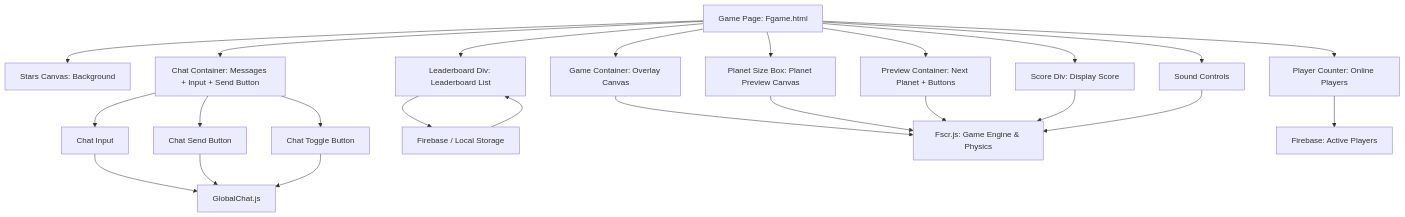
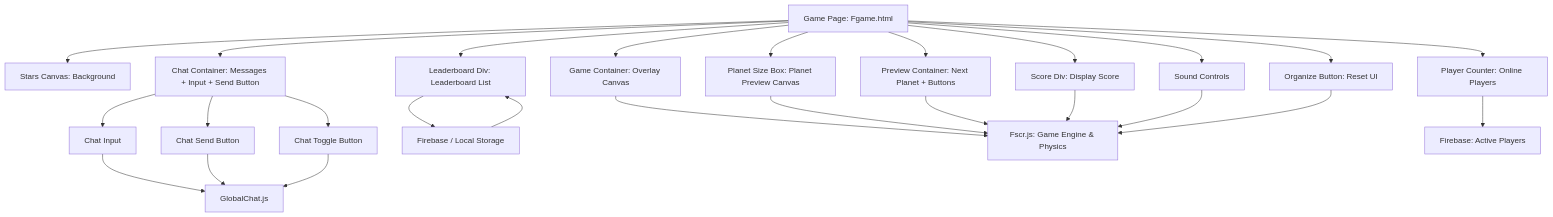
The diagram in README.md (MolnarHangaBorbala/Planet-Merge), drawn with Mermaid before and after one commit. The commit also changed other lines of this file, not shown here.

````diff
--- a/README.md
+++ b/README.md
@@ -52,33 +75,34 @@
-```mermaid
+``` mermaid
 flowchart TD
     A[Game Page: Fgame.html] --> B[Stars Canvas: Background]
     A --> C[Game Container: Overlay Canvas]
     A --> D[Planet Size Box: Planet Preview Canvas]
     A --> E[Score Div: Display Score]
     A --> F[Leaderboard Div: Leaderboard List]
     A --> G[Preview Container: Next Planet + Buttons]
     A --> H[Chat Container: Messages + Input + Send Button]
     A --> I[Player Counter: Online Players]
     A --> J[Sound Controls]
+    A --> K[Organize Button: Reset UI]
     
     %% Chat flow
     H --> H1[Chat Input]
     H --> H2[Chat Send Button]
     H --> H3[Chat Toggle Button]
-    H1 --> K[GlobalChat.js]
-    H2 --> K
-    H3 --> K
+    H1 --> L[GlobalChat.js]
+    H2 --> L
+    H3 --> L
     
     %% Leaderboard flow
-    F --> L[Firebase / Local Storage]
-    L --> F
+    F --> M[Firebase / Local Storage]
+    M --> F
     
     %% Game logic
-    C --> M[Fscr.js: Game Engine & Physics]
-    D --> M
-    G --> M
-    E --> M
-    I --> N[Firebase: Active Players]
-    J --> M
-
+    C --> N[Fscr.js: Game Engine & Physics]
+    D --> N
+    G --> N
+    E --> N
+    I --> O[Firebase: Active Players]
+    J --> N
+    K --> N
 ```
````
